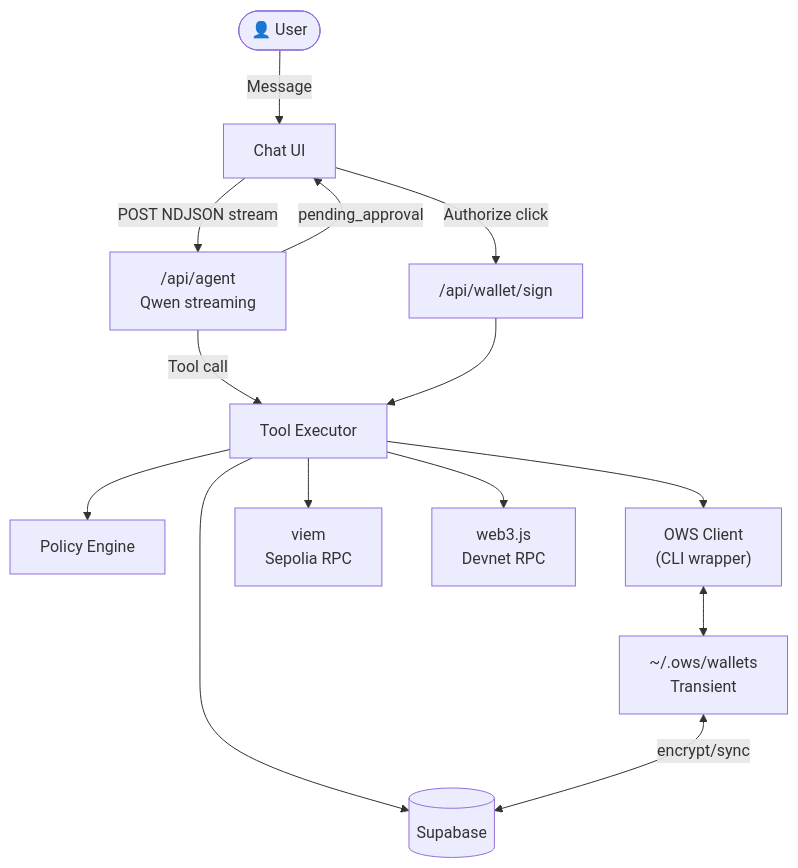
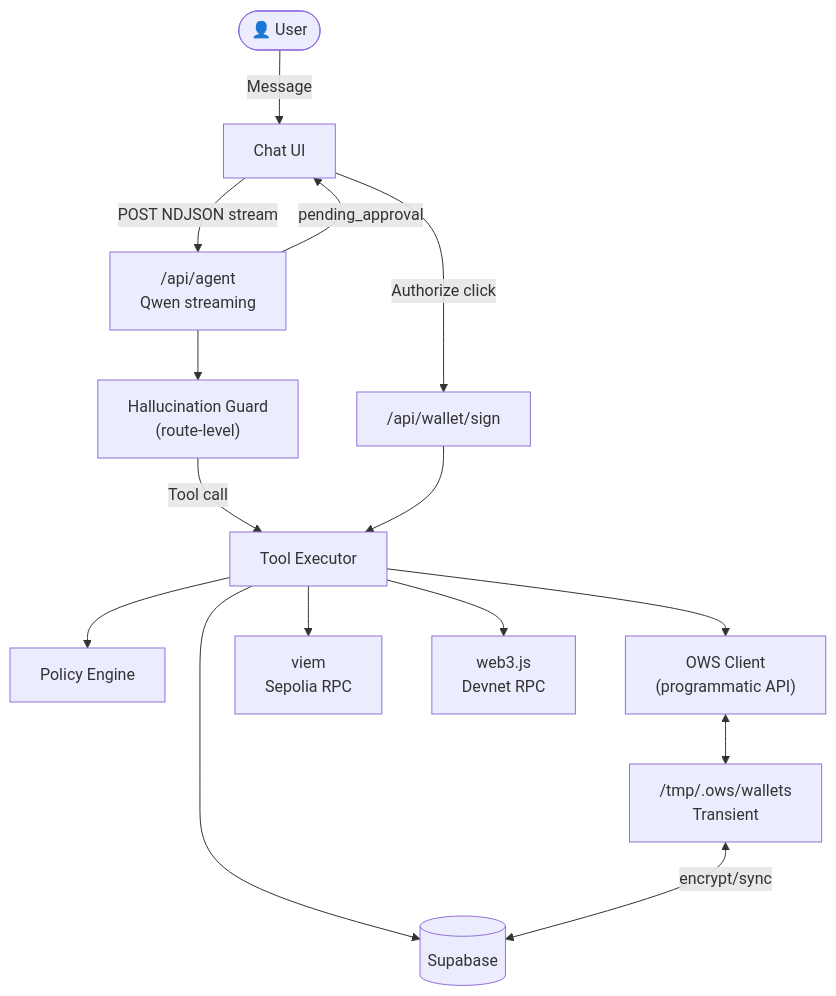
Before and after one commit to dnebayis/OWSTreasury: the first of 3 diagrams in IMPLEMENTATION_SUMMARY.md, drawn with Mermaid. The commit also changed other lines of this file and 2 other files, not shown here.

````diff
--- a/IMPLEMENTATION_SUMMARY.md
+++ b/IMPLEMENTATION_SUMMARY.md
@@ -25,24 +28,26 @@
 ```mermaid
 flowchart TD
     User(["👤 User"])
     Chat["Chat UI"]
     Agent["/api/agent\nQwen streaming"]
+    HallucinationGuard["Hallucination Guard\n(route-level)"]
     Executor["Tool Executor"]
     Policy["Policy Engine"]
-    OWS["OWS Client\n(CLI wrapper)"]
+    OWS["OWS Client\n(programmatic API)"]
     EVM["viem\nSepolia RPC"]
     SOL["web3.js\nDevnet RPC"]
     DB[("Supabase")]
-    LocalVault["~/.ows/wallets\nTransient"]
+    LocalVault["/tmp/.ows/wallets\nTransient"]
     SignAPI["/api/wallet/sign"]
 
     User -->|"Message"| Chat
     Chat -->|"POST NDJSON stream"| Agent
-    Agent -->|"Tool call"| Executor
+    Agent --> HallucinationGuard
+    HallucinationGuard -->|"Tool call"| Executor
     Executor --> Policy & OWS & EVM & SOL & DB
     OWS <--> LocalVault
     LocalVault <-->|"encrypt/sync"| DB
     Agent -->|"pending_approval"| Chat
     Chat -->|"Authorize click"| SignAPI
     SignAPI --> Executor
 ```
````
